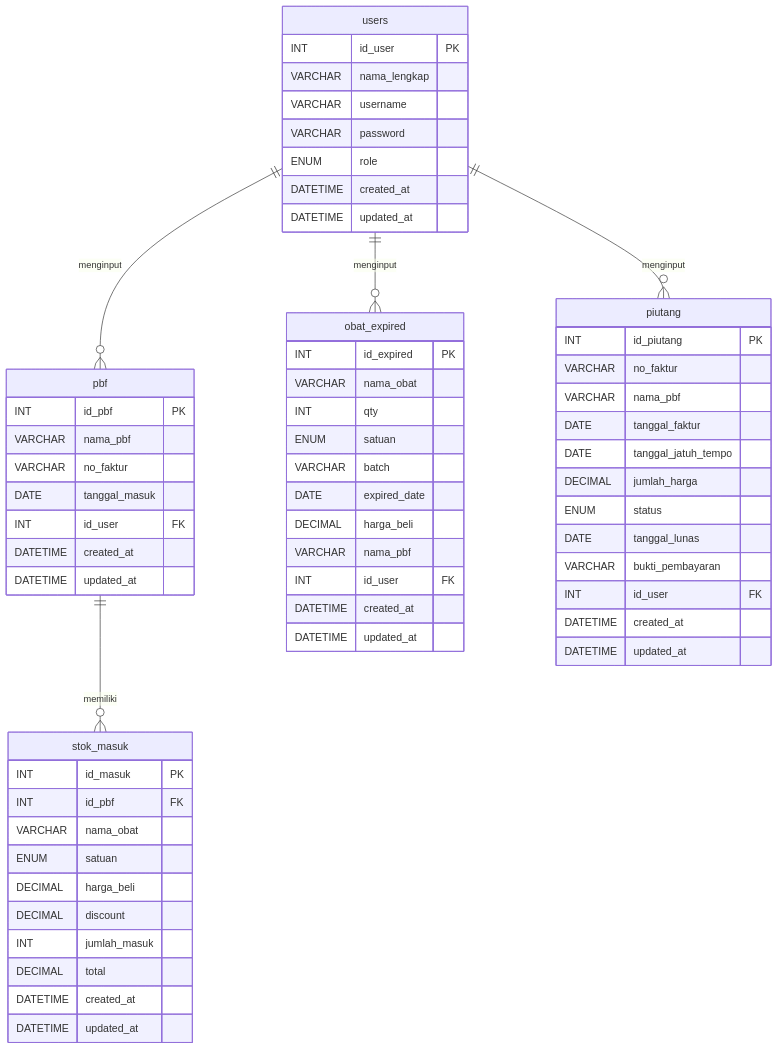
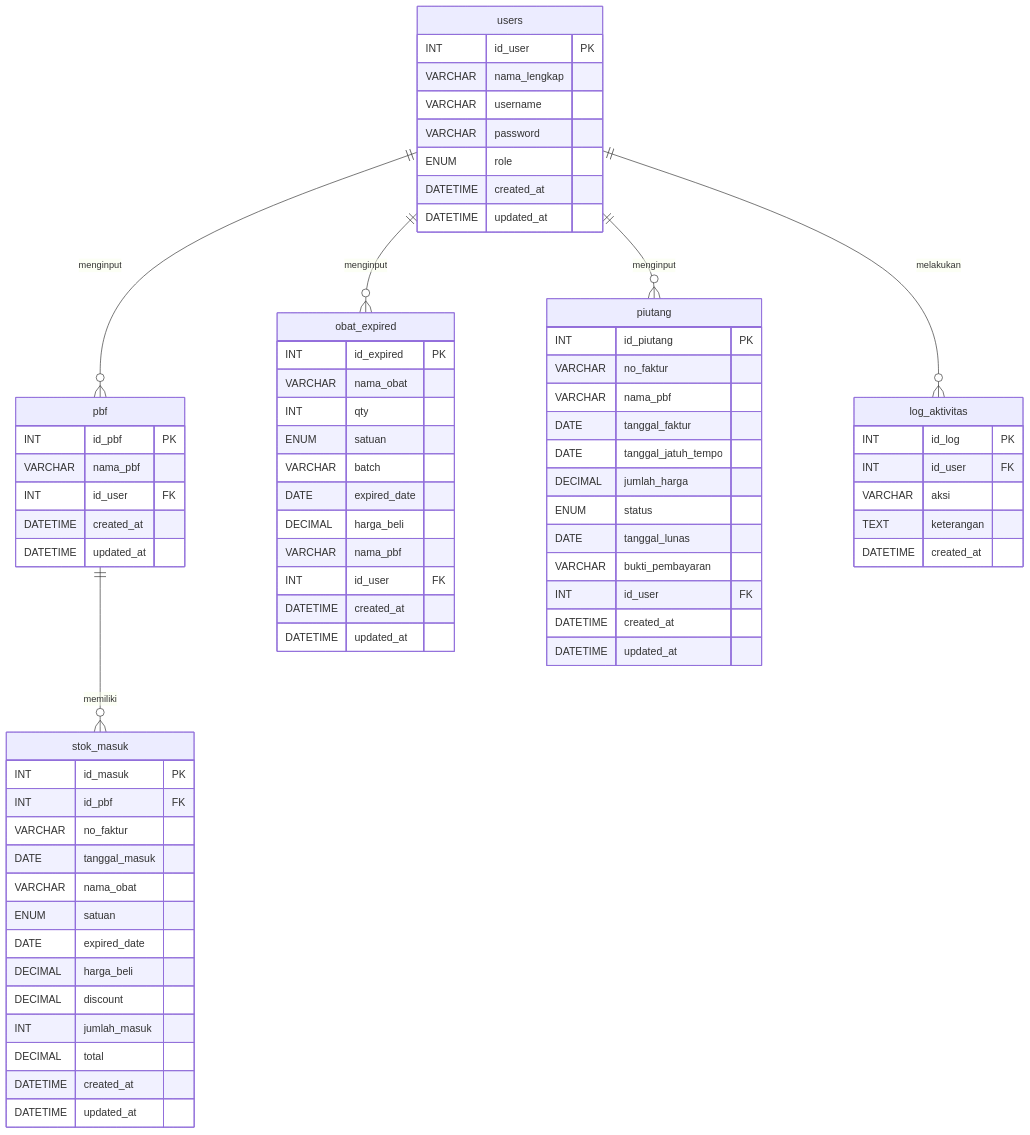
Before and after one commit to MohammadRaihanAkbar/PRD-project-perangkat-lunak-web-apotek-ananda-jadimulya: the first of 2 diagrams in PRD_Apotek_Ananda_Jadimulya_Revisi.md, drawn with Mermaid. The commit also changed other lines of this file, not shown here.

````diff
--- a/PRD_Apotek_Ananda_Jadimulya_Revisi.md
+++ b/PRD_Apotek_Ananda_Jadimulya_Revisi.md
@@ -695,69 +756,79 @@
 ```mermaid
 erDiagram
     users ||--o{ pbf : "menginput"
     users ||--o{ obat_expired : "menginput"
     users ||--o{ piutang : "menginput"
+    users ||--o{ log_aktivitas : "melakukan"
     pbf ||--o{ stok_masuk : "memiliki"
 
     users {
         INT id_user PK
         VARCHAR nama_lengkap
         VARCHAR username
         VARCHAR password
         ENUM role
         DATETIME created_at
         DATETIME updated_at
     }
 
+    log_aktivitas {
+        INT id_log PK
+        INT id_user FK
+        VARCHAR aksi
+        TEXT keterangan
+        DATETIME created_at
+    }
+
     pbf {
         INT id_pbf PK
         VARCHAR nama_pbf
-        VARCHAR no_faktur
-        DATE tanggal_masuk
         INT id_user FK
         DATETIME created_at
         DATETIME updated_at
     }
 
     stok_masuk {
         INT id_masuk PK
         INT id_pbf FK
+        VARCHAR no_faktur
+        DATE tanggal_masuk
         VARCHAR nama_obat
         ENUM satuan
+        DATE expired_date
         DECIMAL harga_beli
         DECIMAL discount
         INT jumlah_masuk
         DECIMAL total
         DATETIME created_at
         DATETIME updated_at
     }
 
     obat_expired {
         INT id_expired PK
         VARCHAR nama_obat
         INT qty
         ENUM satuan
         VARCHAR batch
         DATE expired_date
         DECIMAL harga_beli
         VARCHAR nama_pbf
         INT id_user FK
         DATETIME created_at
         DATETIME updated_at
     }
 
     piutang {
         INT id_piutang PK
         VARCHAR no_faktur
         VARCHAR nama_pbf
         DATE tanggal_faktur
         DATE tanggal_jatuh_tempo
         DECIMAL jumlah_harga
         ENUM status
         DATE tanggal_lunas
         VARCHAR bukti_pembayaran
         INT id_user FK
         DATETIME created_at
         DATETIME updated_at
     }
 ```
````
